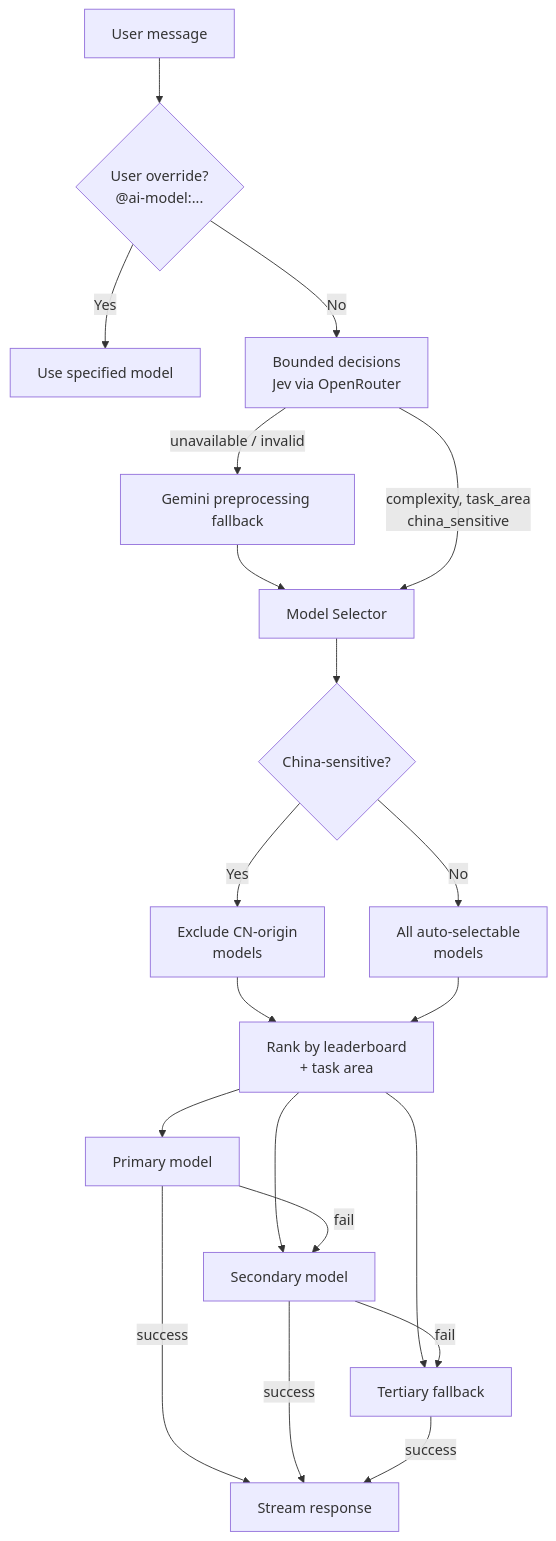
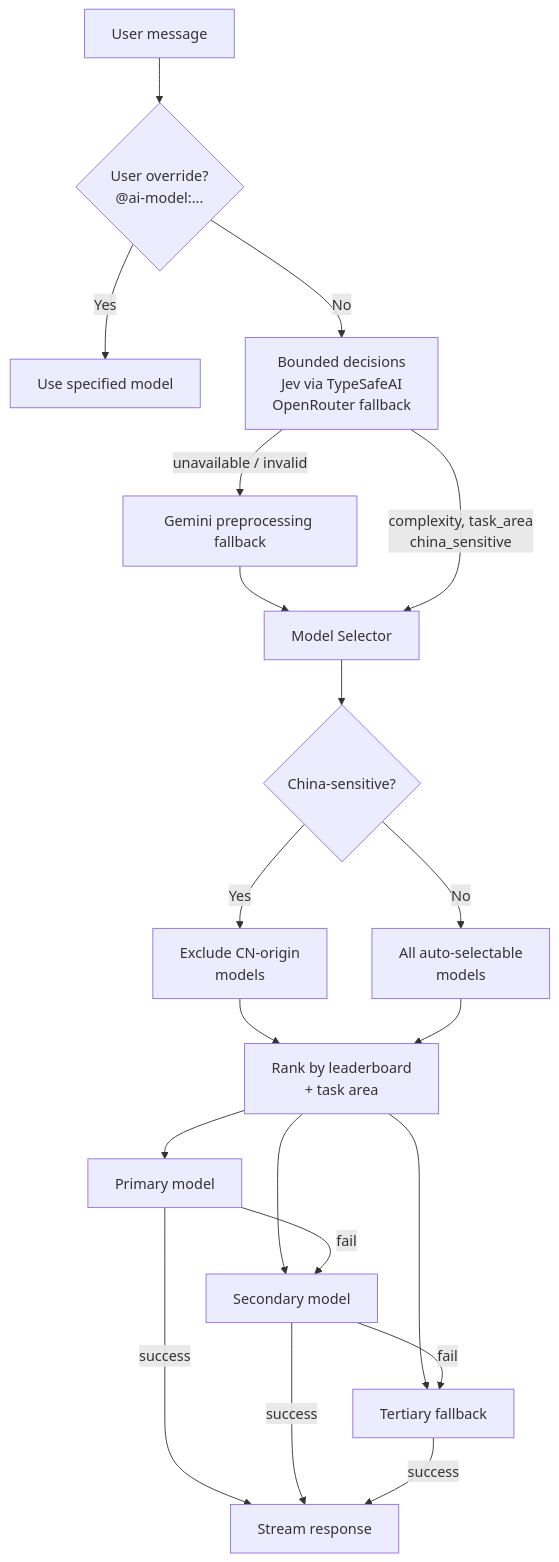
The diagram in docs/architecture/ai/ai-model-selection.md (glowingkitty/OpenMates), drawn with Mermaid before and after one commit. The commit also changed other lines of this file and 50 other files, not shown here.

First line of the commit message:
feat: route Jev to TypeSafeAI and secure environment edits

````diff
--- a/docs/architecture/ai/ai-model-selection.md
+++ b/docs/architecture/ai/ai-model-selection.md
@@ -59,22 +59,22 @@
 ```mermaid
 graph TB
     A["User message"] --> B{User override?<br/>@ai-model:...}
     B -->|Yes| C["Use specified model"]
-    B -->|No| D["Bounded decisions<br/>Jev via OpenRouter"]
+    B -->|No| D["Bounded decisions<br/>Jev via TypeSafeAI<br/>OpenRouter fallback"]
     D -->|unavailable / invalid| DF["Gemini preprocessing fallback"]
     DF --> E
     D -->|complexity, task_area<br/>china_sensitive| E["Model Selector"]
     E --> F{China-sensitive?}
     F -->|Yes| G["Exclude CN-origin<br/>models"]
     F -->|No| H["All auto-selectable<br/>models"]
     G --> I["Rank by leaderboard<br/>+ task area"]
     H --> I
     I --> J["Primary model"]
     I --> K["Secondary model"]
     I --> L["Tertiary fallback"]
     J -->|fail| K
     K -->|fail| L
     J -->|success| M["Stream response"]
     K -->|success| M
     L -->|success| M
 ```
````
